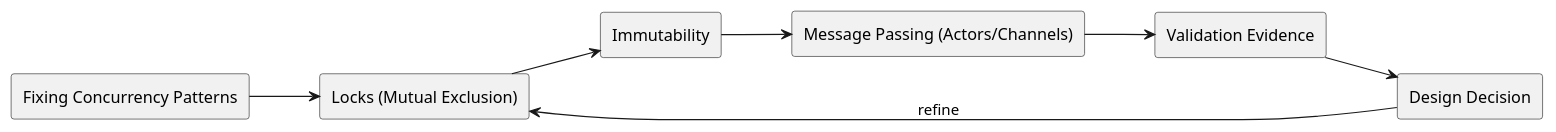
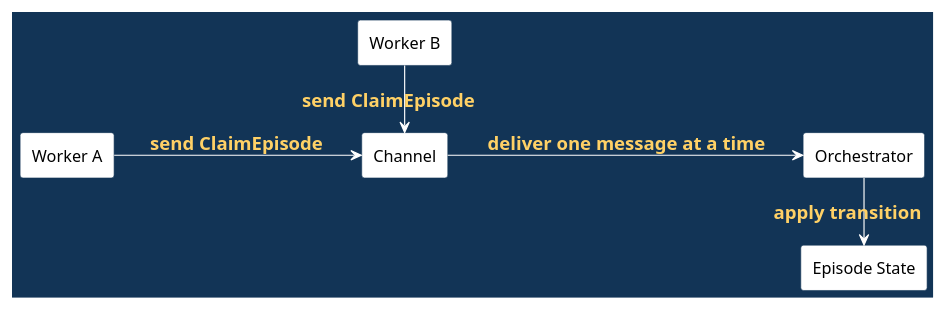
One commit to madajaju/CS5254 changed the sixth of 15 diagrams in doc/lectures/week4/fixing_concurrency_patterns/README.slides.adoc. Above: the diagram before and after it, drawn with PlantUML. The commit also changed other lines of this file and 62 other files, not shown here.

```diff
--- a/doc/lectures/week4/fixing_concurrency_patterns/README.slides.adoc
+++ b/doc/lectures/week4/fixing_concurrency_patterns/README.slides.adoc
@@ -70,22 +213,29 @@
-[plantuml, target=system-architecture, format=svg, width=80%]
+[plantuml,message-passing,svg,width=100%]
 ----
 @startuml
-skinparam monochrome true
+skinparam BackgroundColor #123456
+skinparam DefaultFontColor white
+skinparam ArrowColor white
+skinparam ArrowFontColor #ffd166
+skinparam ArrowFontStyle bold
+skinparam ArrowFontSize 16
 skinparam shadowing false
+skinparam rectangle {
+  BackgroundColor white
+  FontColor black
+  BorderColor #123456
+}
 left to right direction
 
-rectangle "Fixing Concurrency Patterns" as Topic
-rectangle "Locks (Mutual Exclusion)" as A
-rectangle "Immutability" as B
-rectangle "Message Passing (Actors/Channels)" as C
-rectangle "Validation Evidence" as V
-rectangle "Design Decision" as D
+rectangle "Worker A" as A
+rectangle "Worker B" as B
+rectangle "Channel" as C
+rectangle "Orchestrator" as O
+rectangle "Episode State" as S
 
-Topic --> A
-A --> B
-B --> C
-C --> V
-V --> D
-D --> A : refine
+A --> C : send ClaimEpisode
+B -> C : send ClaimEpisode
+C --> O : deliver one message at a time
+O -> S : apply transition
 @enduml
 ----
```
